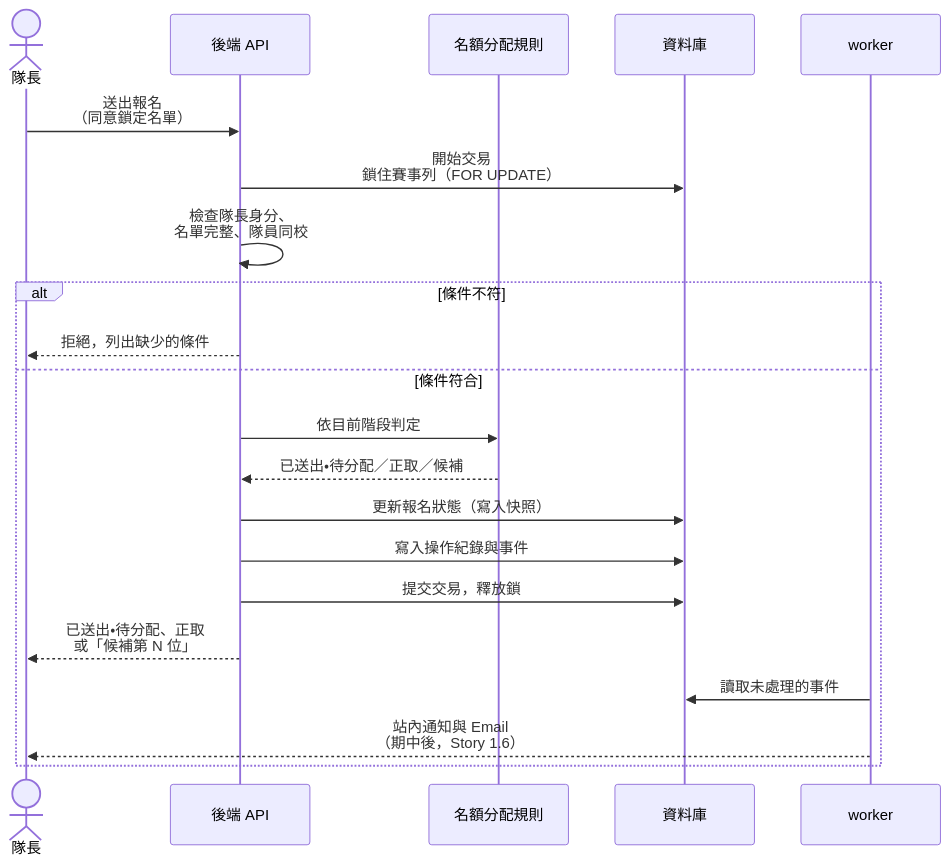
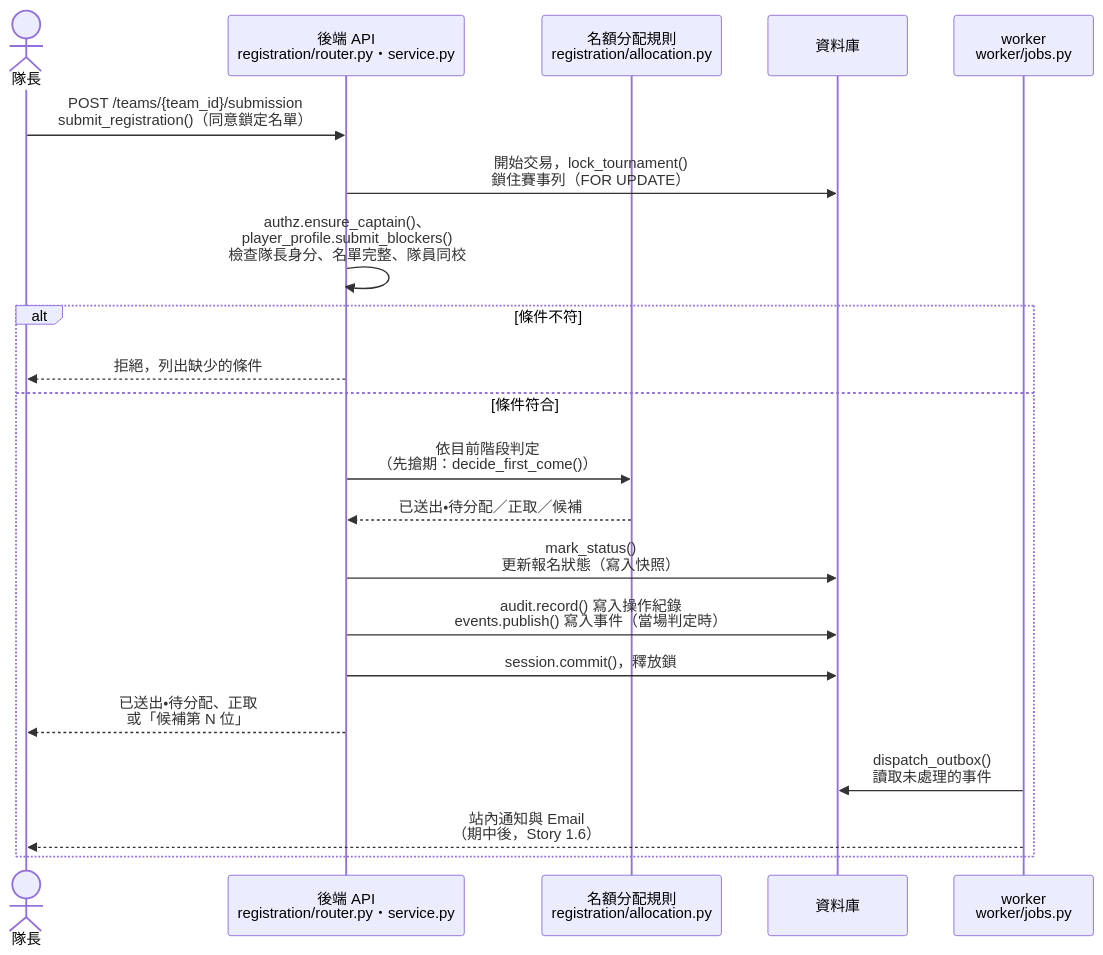
Diagram 17 of 19 in docs/midterm/B-軟體需求分析文件.md (Team14good/esport-platform), drawn with Mermaid before and after one commit. The commit also changed other lines of this file and 15 other files, not shown here.

First line of the commit message:
docs: 圖上標註對應的程式檔、函式與使用案例編號

````diff
--- a/docs/midterm/B-軟體需求分析文件.md
+++ b/docs/midterm/B-軟體需求分析文件.md
@@ -1354,23 +1385,23 @@
 ```mermaid
 sequenceDiagram
   actor Cap as 隊長
-  participant API as 後端 API
-  participant AP as 名額分配規則
+  participant API as 後端 API<br/>registration/router.py・service.py
+  participant AP as 名額分配規則<br/>registration/allocation.py
   participant DB as 資料庫
-  participant W as worker
-  Cap->>API: 送出報名<br/>（同意鎖定名單）
-  API->>DB: 開始交易<br/>鎖住賽事列（FOR UPDATE）
-  API->>API: 檢查隊長身分、<br/>名單完整、隊員同校
+  participant W as worker<br/>worker/jobs.py
+  Cap->>API: POST /teams/{team_id}/submission<br/>submit_registration()（同意鎖定名單）
+  API->>DB: 開始交易，lock_tournament()<br/>鎖住賽事列（FOR UPDATE）
+  API->>API: authz.ensure_captain()、<br/>player_profile.submit_blockers()<br/>檢查隊長身分、名單完整、隊員同校
   alt 條件不符
     API-->>Cap: 拒絕，列出缺少的條件
   else 條件符合
-    API->>AP: 依目前階段判定
+    API->>AP: 依目前階段判定<br/>（先搶期：decide_first_come()）
     AP-->>API: 已送出・待分配／正取／候補
-    API->>DB: 更新報名狀態（寫入快照）
-    API->>DB: 寫入操作紀錄與事件
-    API->>DB: 提交交易，釋放鎖
+    API->>DB: mark_status()<br/>更新報名狀態（寫入快照）
+    API->>DB: audit.record() 寫入操作紀錄<br/>events.publish() 寫入事件（當場判定時）
+    API->>DB: session.commit()，釋放鎖
     API-->>Cap: 已送出・待分配、正取<br/>或「候補第 N 位」
-    W->>DB: 讀取未處理的事件
+    W->>DB: dispatch_outbox()<br/>讀取未處理的事件
     W-->>Cap: 站內通知與 Email<br/>（期中後，Story 1.6）
   end
 ```
````
